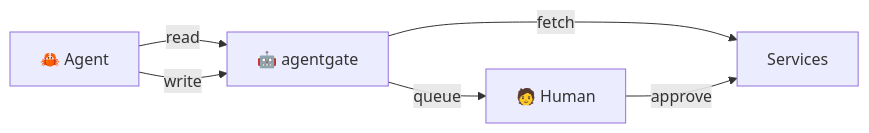
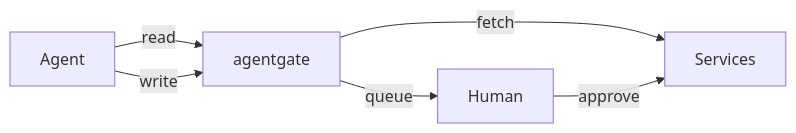
Before and after one commit to monteslu/agentgate: the diagram in README.md, drawn with Mermaid. The commit also changed other lines of this file and 8 other files, not shown here.

````diff
--- a/README.md
+++ b/README.md
@@ -15,5 +17,5 @@
 ```mermaid
 flowchart LR
-    A["🦀 Agent"] -->|read| G["🤖 agentgate"] -->|fetch| S[Services]
-    A -->|write| G -->|queue| H["🧑 Human"] -->|approve| S
+    A["Agent"] -->|read| G["agentgate"] -->|fetch| S[Services]
+    A -->|write| G -->|queue| H["Human"] -->|approve| S
 ```
````
